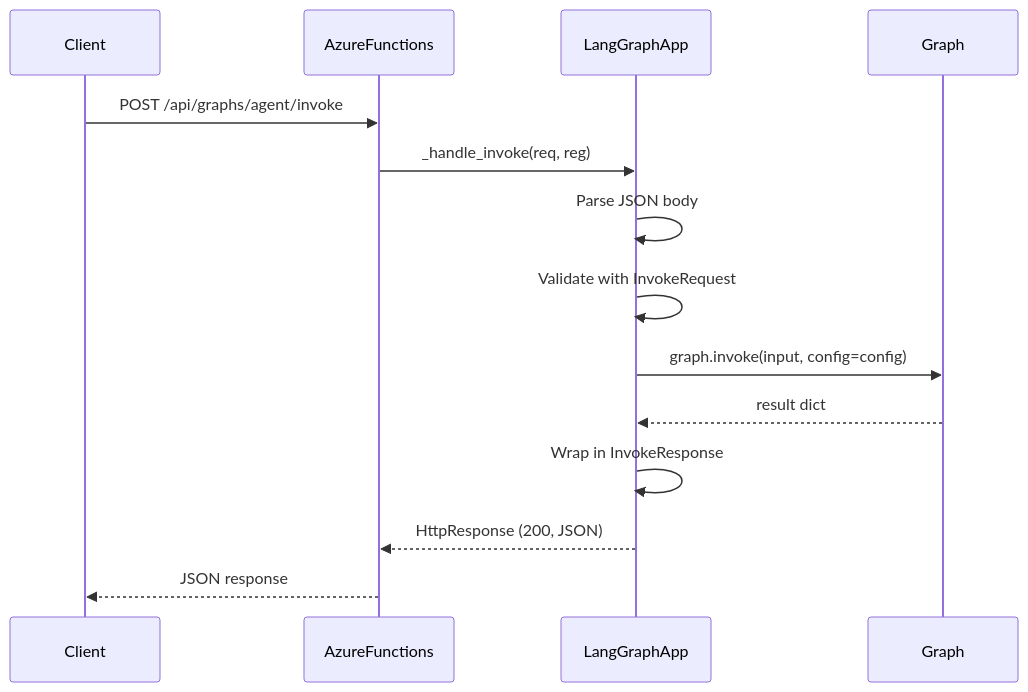
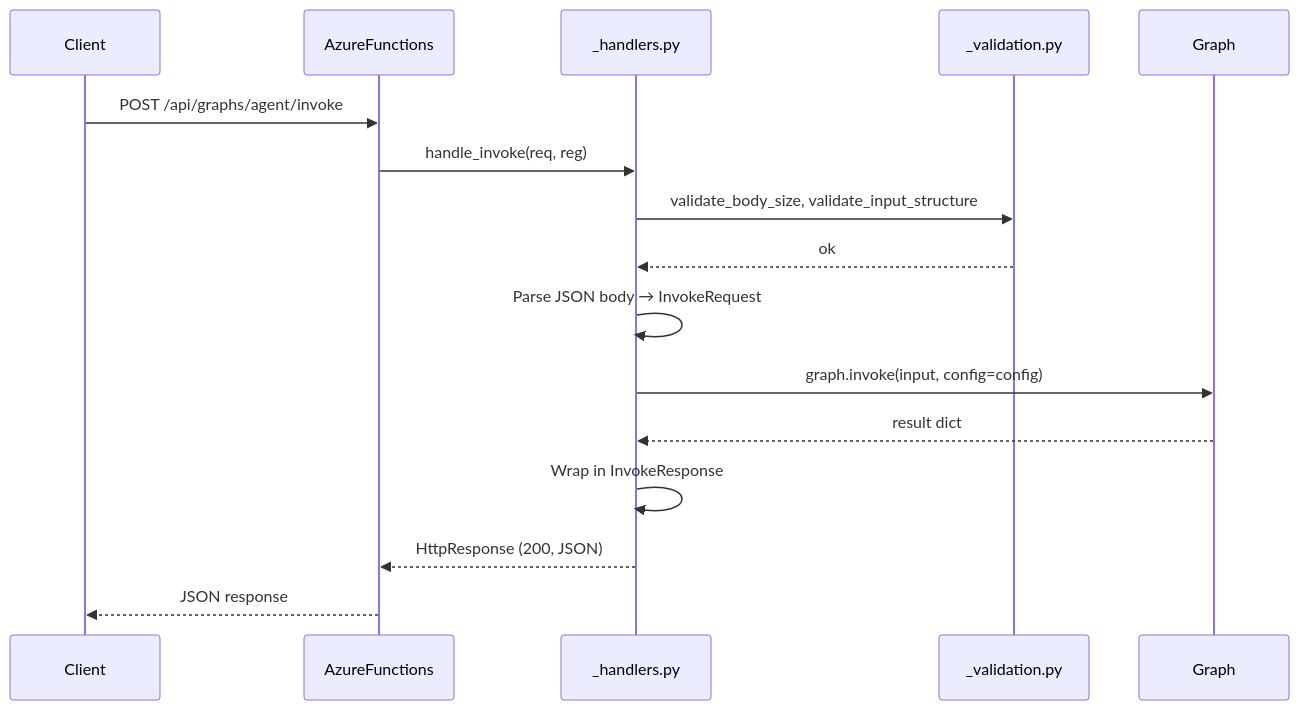
Before and after one commit to yeongseon/azure-functions-langgraph: the second of 5 diagrams in docs/architecture.md, drawn with Mermaid. The commit also changed other lines of this file and 1 other file, not shown here.

First line of the commit message:
docs: standardize architecture docs with Mermaid diagrams, Sources, and See Also

````diff
--- a/docs/architecture.md
+++ b/docs/architecture.md
@@ -24,17 +54,19 @@
 ```mermaid
 sequenceDiagram
     participant Client
     participant AzureFunctions
-    participant LangGraphApp
+    participant Handlers as _handlers.py
+    participant Validation as _validation.py
     participant Graph
 
     Client->>AzureFunctions: POST /api/graphs/agent/invoke
-    AzureFunctions->>LangGraphApp: _handle_invoke(req, reg)
-    LangGraphApp->>LangGraphApp: Parse JSON body
-    LangGraphApp->>LangGraphApp: Validate with InvokeRequest
-    LangGraphApp->>Graph: graph.invoke(input, config=config)
-    Graph-->>LangGraphApp: result dict
-    LangGraphApp->>LangGraphApp: Wrap in InvokeResponse
-    LangGraphApp-->>AzureFunctions: HttpResponse (200, JSON)
+    AzureFunctions->>Handlers: handle_invoke(req, reg)
+    Handlers->>Validation: validate_body_size, validate_input_structure
+    Validation-->>Handlers: ok
+    Handlers->>Handlers: Parse JSON body → InvokeRequest
+    Handlers->>Graph: graph.invoke(input, config=config)
+    Graph-->>Handlers: result dict
+    Handlers->>Handlers: Wrap in InvokeResponse
+    Handlers-->>AzureFunctions: HttpResponse (200, JSON)
     AzureFunctions-->>Client: JSON response
 ```
````
